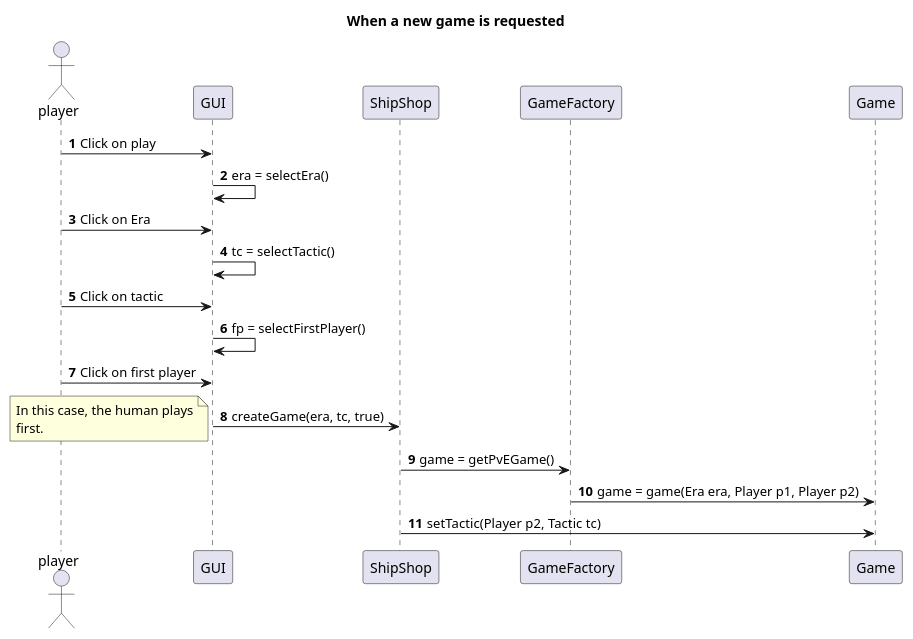
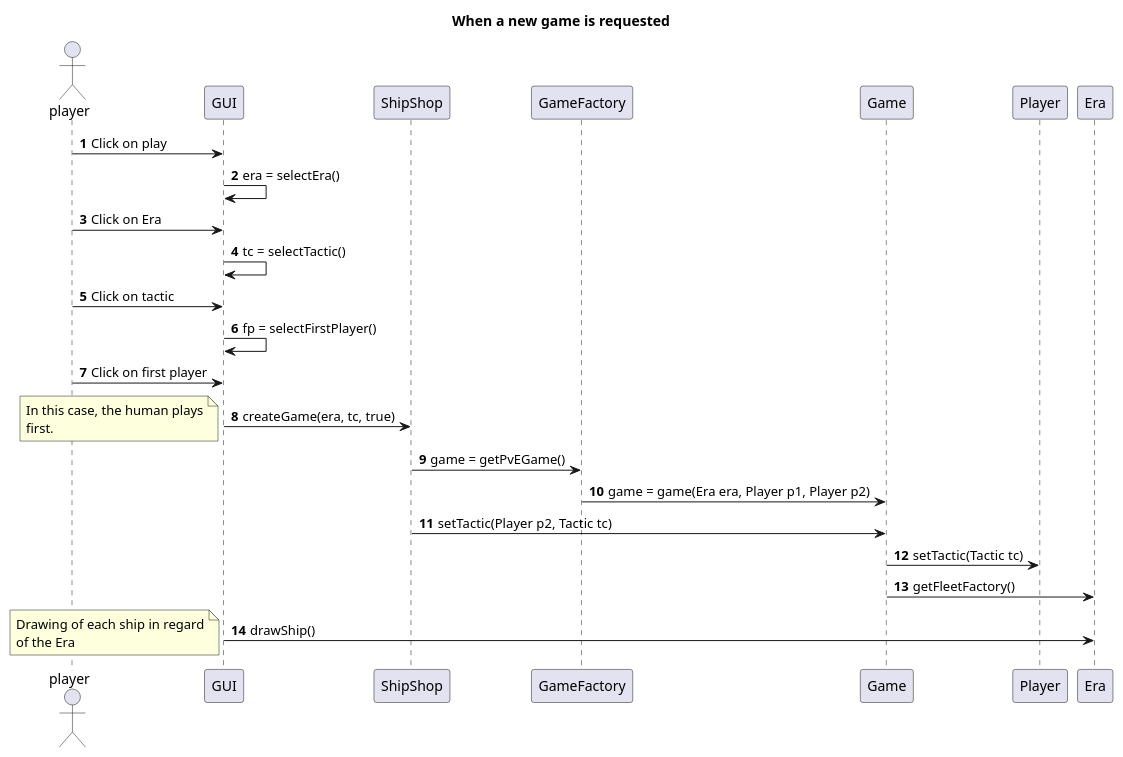
The diagram in doc/conception/pmul/sequence/createGame.puml (Reynault/ShipShop), drawn with PlantUML before and after one commit.

```diff
--- a/doc/conception/pmul/sequence/createGame.puml
+++ b/doc/conception/pmul/sequence/createGame.puml
@@ -1,30 +1,39 @@
 @startuml
 title When a new game is requested
 
 autonumber
 actor player
 
 player -> GUI: Click on play
 
 GUI -> GUI: era = selectEra()
 player -> GUI: Click on Era
 
 GUI -> GUI: tc = selectTactic()
 player -> GUI: Click on tactic
 
 GUI -> GUI: fp = selectFirstPlayer()
 player -> GUI: Click on first player
 
 
 GUI -> ShipShop: createGame(era, tc, true)
 
 note left
 In this case, the human plays
 first.
 end note
 
 ShipShop -> GameFactory: game = getPvEGame()
 
 GameFactory -> Game:  game = game(Era era, Player p1, Player p2)
 ShipShop -> Game: setTactic(Player p2, Tactic tc)
+Game -> Player: setTactic(Tactic tc)
+
+Game -> Era: getFleetFactory()
+
+GUI -> Era: drawShip()
+note left
+Drawing of each ship in regard
+of the Era
+end note
 @enduml
```
